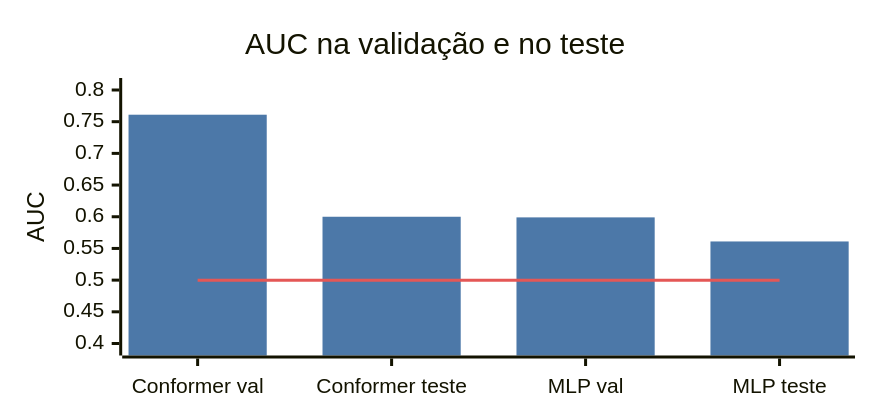
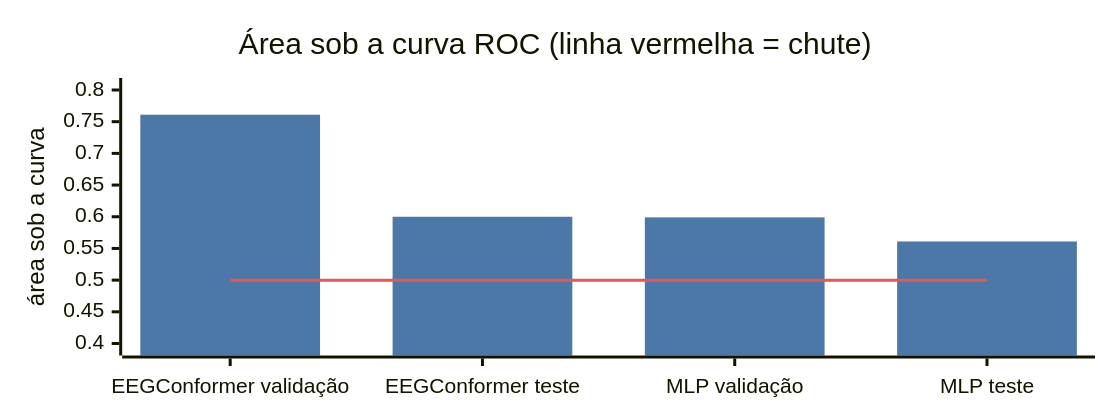
The sixth of 10 diagrams in README.md (kafb04/data-engineering-multimodal-ai), drawn with Mermaid before and after one commit. The commit also changed other lines of this file, not shown here.

````diff
--- a/README.md
+++ b/README.md
@@ -160,17 +214,17 @@
 ```mermaid
 ---
 config:
   xyChart:
-    width: 560
+    width: 720
     height: 260
   themeVariables:
     xyChart:
       plotColorPalette: "#4C78A8, #E45756"
 ---
 xychart-beta
-    title "AUC na validação e no teste"
-    x-axis ["Conformer val", "Conformer teste", "MLP val", "MLP teste"]
-    y-axis "AUC" 0.4 --> 0.8
+    title "Área sob a curva ROC (linha vermelha = chute)"
+    x-axis ["EEGConformer validação", "EEGConformer teste", "MLP validação", "MLP teste"]
+    y-axis "área sob a curva" 0.4 --> 0.8
     bar [0.761, 0.600, 0.599, 0.561]
     line [0.5, 0.5, 0.5, 0.5]
 ```
````
